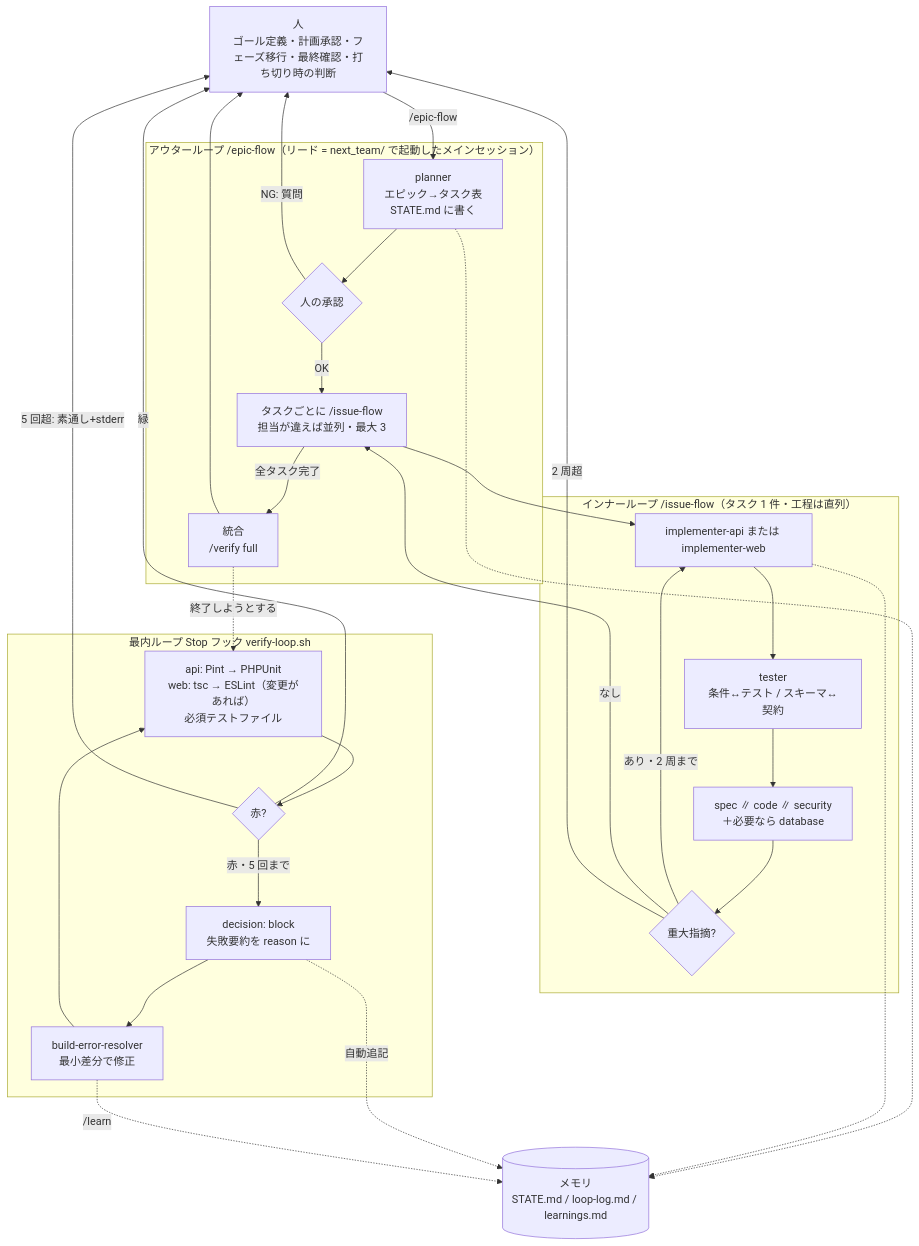
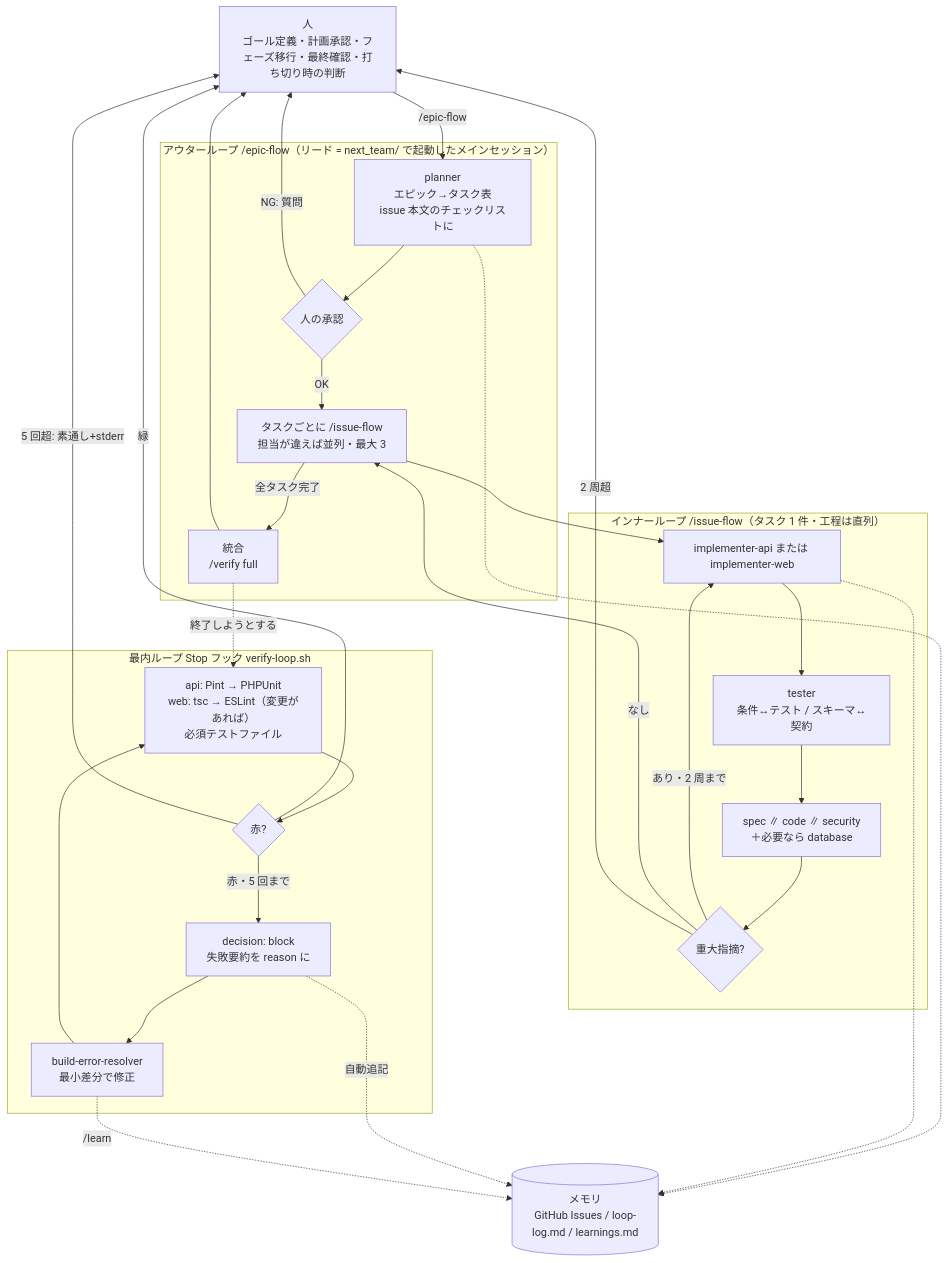
One commit to hata-junnosuke/next_team changed the first of 2 diagrams in docs/04_ループエンジニアリング.md. Above: the diagram before and after it, drawn with Mermaid. The commit also changed other lines of this file and 16 other files, not shown here.

First line of the commit message:
chore: issue #4 タスク管理を STATE.md から GitHub Issues に移す

````diff
--- a/docs/04_ループエンジニアリング.md
+++ b/docs/04_ループエンジニアリング.md
@@ -58,39 +58,39 @@
 ```mermaid
 flowchart TB
     H[人<br/>ゴール定義・計画承認・フェーズ移行・最終確認・打ち切り時の判断]
     subgraph OUTER["アウターループ /epic-flow（リード = next_team/ で起動したメインセッション）"]
-        P[planner<br/>エピック→タスク表<br/>STATE.md に書く]
+        P[planner<br/>エピック→タスク表<br/>issue 本文のチェックリストに]
         A{人の承認}
         T[タスクごとに /issue-flow<br/>担当が違えば並列・最大 3]
         M[統合<br/>/verify full]
     end
     subgraph INNER["インナーループ /issue-flow（タスク 1 件・工程は直列）"]
         I[implementer-api または implementer-web]
         TE[tester<br/>条件↔テスト / スキーマ↔契約]
         R[spec ∥ code ∥ security<br/>＋必要なら database]
         J{重大指摘?}
     end
     subgraph STOP["最内ループ Stop フック verify-loop.sh"]
         V[api: Pint → PHPUnit<br/>web: tsc → ESLint（変更があれば）<br/>必須テストファイル]
         B{赤?}
         C[decision: block<br/>失敗要約を reason に]
         F[build-error-resolver<br/>最小差分で修正]
     end
-    MEM[(メモリ<br/>STATE.md / loop-log.md / learnings.md)]
+    MEM[(メモリ<br/>GitHub Issues / loop-log.md / learnings.md)]
 
     H -->|/epic-flow| P --> A
     A -->|NG: 質問| H
     A -->|OK| T --> I --> TE --> R --> J
     J -->|あり・2 周まで| I
     J -->|なし| T
     J -->|2 周超| H
     T -->|全タスク完了| M --> H
     M -.->|終了しようとする| V --> B
     B -->|緑| H
     B -->|赤・5 回まで| C --> F --> V
     B -->|5 回超: 素通し+stderr| H
     P -.-> MEM
     I -.-> MEM
     C -.->|自動追記| MEM
     F -.->|/learn| MEM
 ```
````
